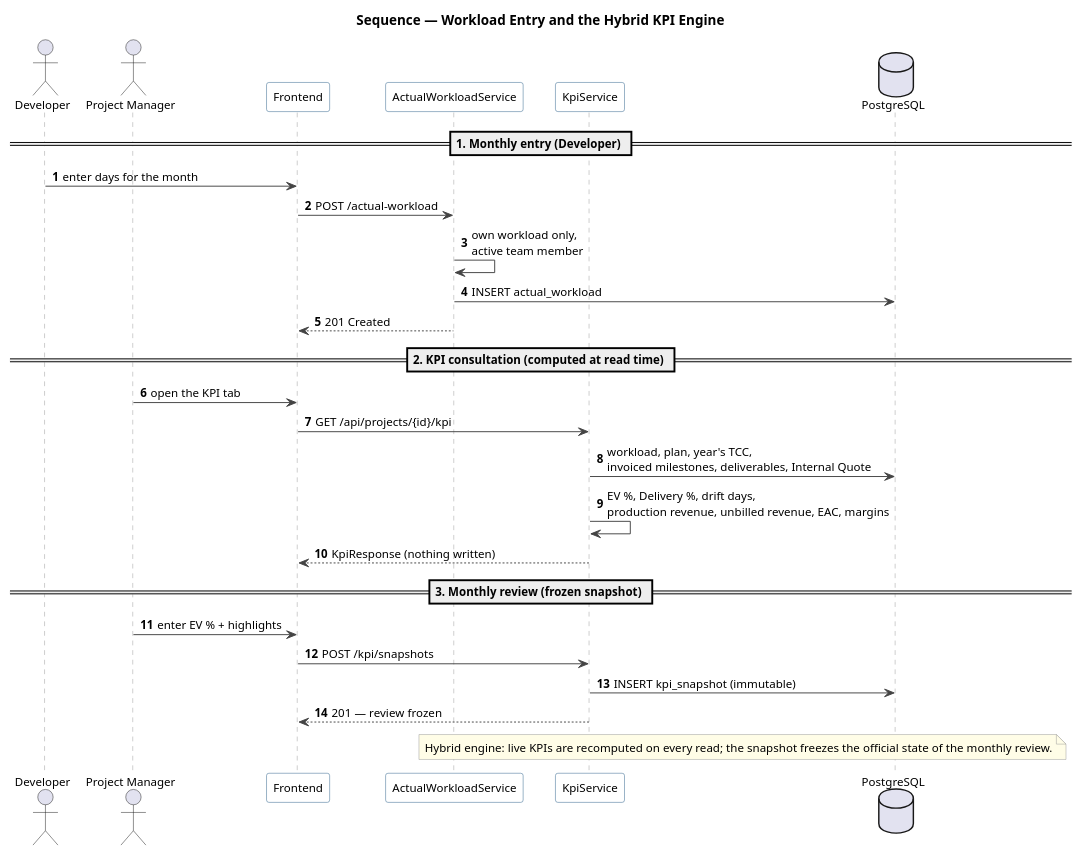
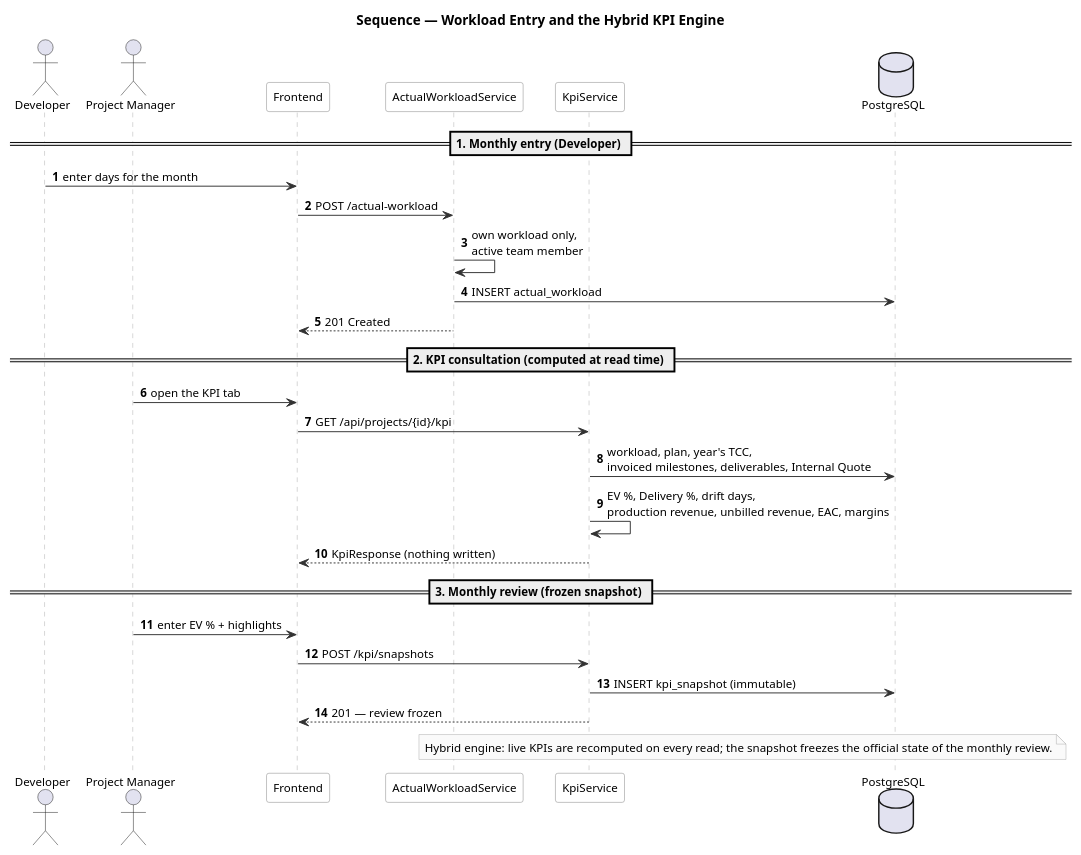
The diagram in docs/uml/10-seq-workload-kpi.puml (mazenrakrouki/tekup-pms-platform), drawn with PlantUML before and after one commit. The commit also changed 34 other files, not shown here.

```diff
--- a/docs/uml/10-seq-workload-kpi.puml
+++ b/docs/uml/10-seq-workload-kpi.puml
@@ -1,46 +1,46 @@
 @startuml seq_submit_workload
 title Sequence — Workload Entry and the Hybrid KPI Engine
 
 skinparam shadowing false
 skinparam defaultFontName Helvetica
 skinparam defaultFontSize 12
 skinparam sequenceParticipantBackgroundColor #FFFFFF
-skinparam sequenceParticipantBorderColor #2C5F8A
-skinparam sequenceLifeLineBorderColor #999999
-skinparam ArrowColor #444444
-skinparam noteBorderColor #999999
-skinparam noteBackgroundColor #FFFDE7
+skinparam sequenceParticipantBorderColor #808080
+skinparam sequenceLifeLineBorderColor #AAAAAA
+skinparam ArrowColor #333333
+skinparam noteBorderColor #AAAAAA
+skinparam noteBackgroundColor #FAFAFA
 autonumber
 
 actor "Developer" as D
 actor "Project Manager" as PM
 participant "Frontend" as SPA
 participant "ActualWorkloadService" as WS
 participant "KpiService" as KPI
 database "PostgreSQL" as DB
 
 == 1. Monthly entry (Developer) ==
 D -> SPA : enter days for the month
 SPA -> WS : POST /actual-workload
 WS -> WS : own workload only,\nactive team member
 WS -> DB : INSERT actual_workload
 WS --> SPA : 201 Created
 
 == 2. KPI consultation (computed at read time) ==
 PM -> SPA : open the KPI tab
 SPA -> KPI : GET /api/projects/{id}/kpi
 KPI -> DB : workload, plan, year's TCC,\ninvoiced milestones, deliverables, Internal Quote
 KPI -> KPI : EV %, Delivery %, drift days,\nproduction revenue, unbilled revenue, EAC, margins
 KPI --> SPA : KpiResponse (nothing written)
 
 == 3. Monthly review (frozen snapshot) ==
 PM -> SPA : enter EV % + highlights
 SPA -> KPI : POST /kpi/snapshots
 KPI -> DB : INSERT kpi_snapshot (immutable)
 KPI --> SPA : 201 — review frozen
 
 note over KPI, DB
   Hybrid engine: live KPIs are recomputed on every read; the snapshot freezes the official state of the monthly review.
 end note
 
 @enduml
```
